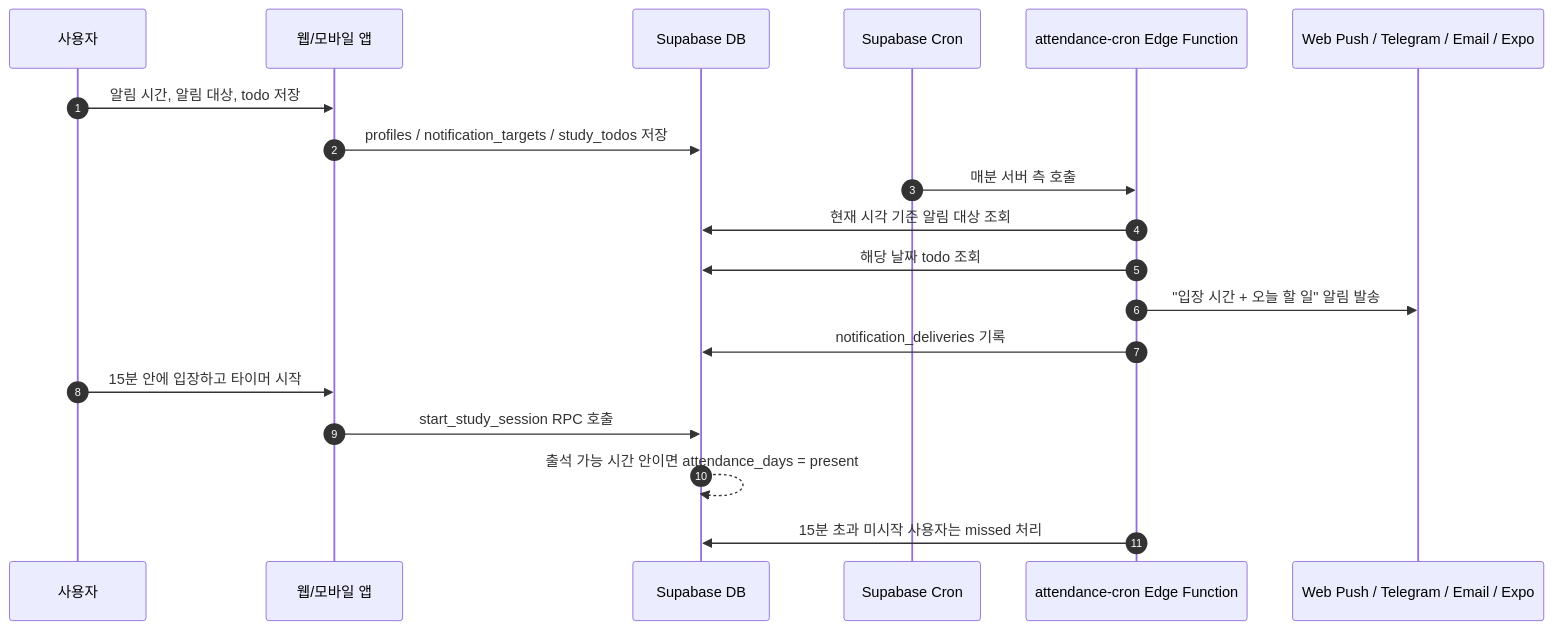
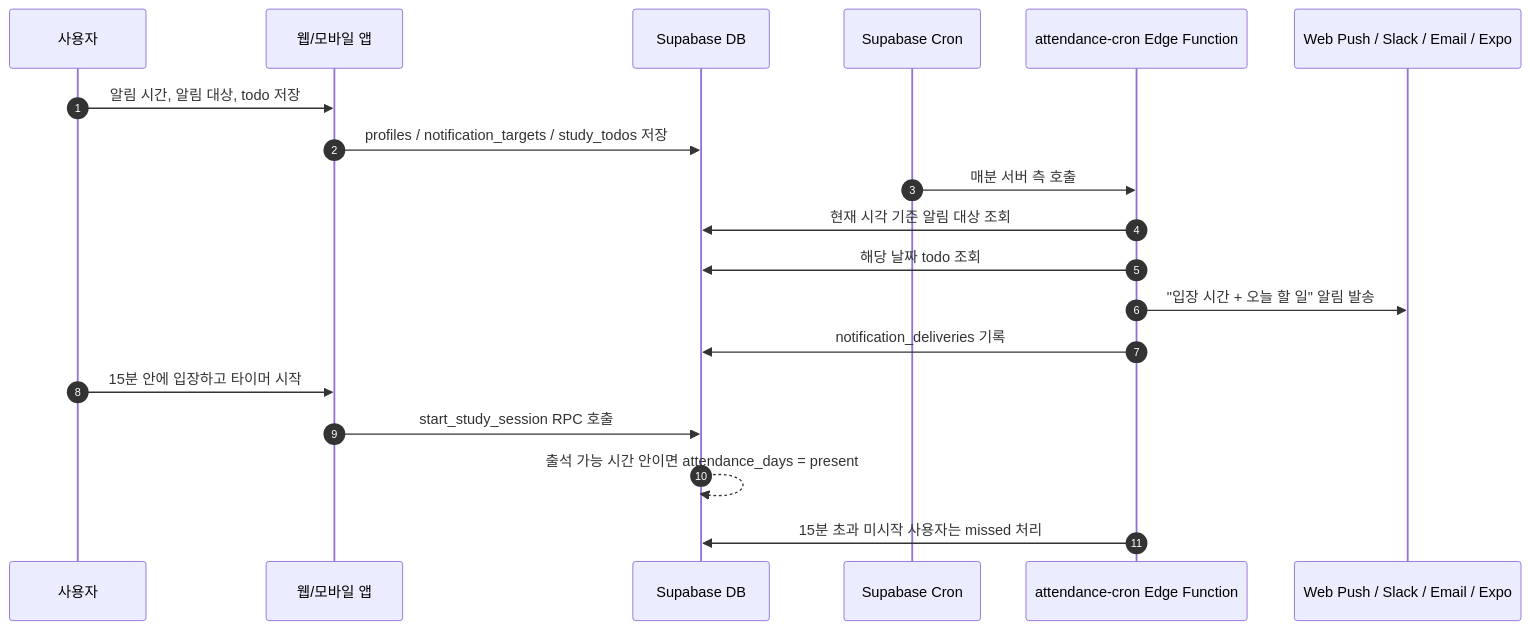
The second of 4 diagrams in docs/infrastructure-architecture.md (zxcc9867/studyRoom), drawn with Mermaid before and after one commit. The commit also changed other lines of this file, not shown here.

Commit message:
docs: align notification architecture with Slack

````diff
--- a/docs/infrastructure-architecture.md
+++ b/docs/infrastructure-architecture.md
@@ -45,22 +45,22 @@
 ```mermaid
 sequenceDiagram
   autonumber
   participant U as 사용자
   participant W as 웹/모바일 앱
   participant S as Supabase DB
   participant C as Supabase Cron
   participant E as attendance-cron Edge Function
-  participant N as Web Push / Telegram / Email / Expo
+  participant N as Web Push / Slack / Email / Expo
 
   U->>W: 알림 시간, 알림 대상, todo 저장
   W->>S: profiles / notification_targets / study_todos 저장
   C->>E: 매분 서버 측 호출
   E->>S: 현재 시각 기준 알림 대상 조회
   E->>S: 해당 날짜 todo 조회
   E->>N: "입장 시간 + 오늘 할 일" 알림 발송
   E->>S: notification_deliveries 기록
   U->>W: 15분 안에 입장하고 타이머 시작
   W->>S: start_study_session RPC 호출
   S-->>S: 출석 가능 시간 안이면 attendance_days = present
   E->>S: 15분 초과 미시작 사용자는 missed 처리
 ```
````
